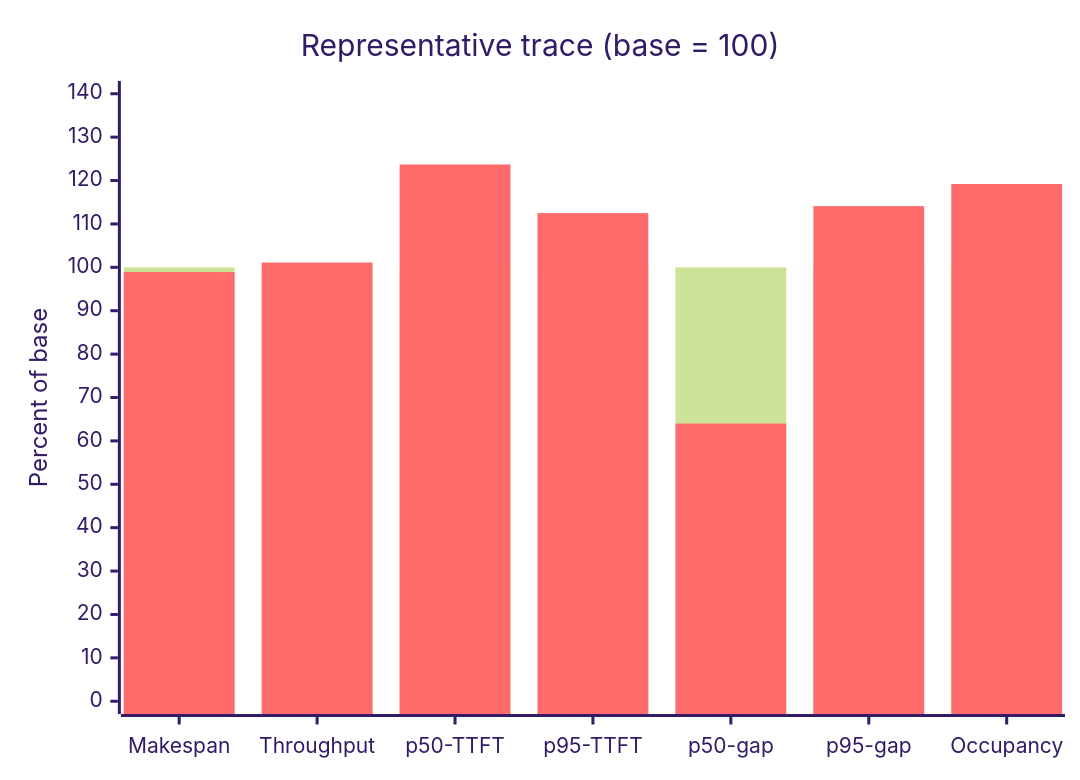
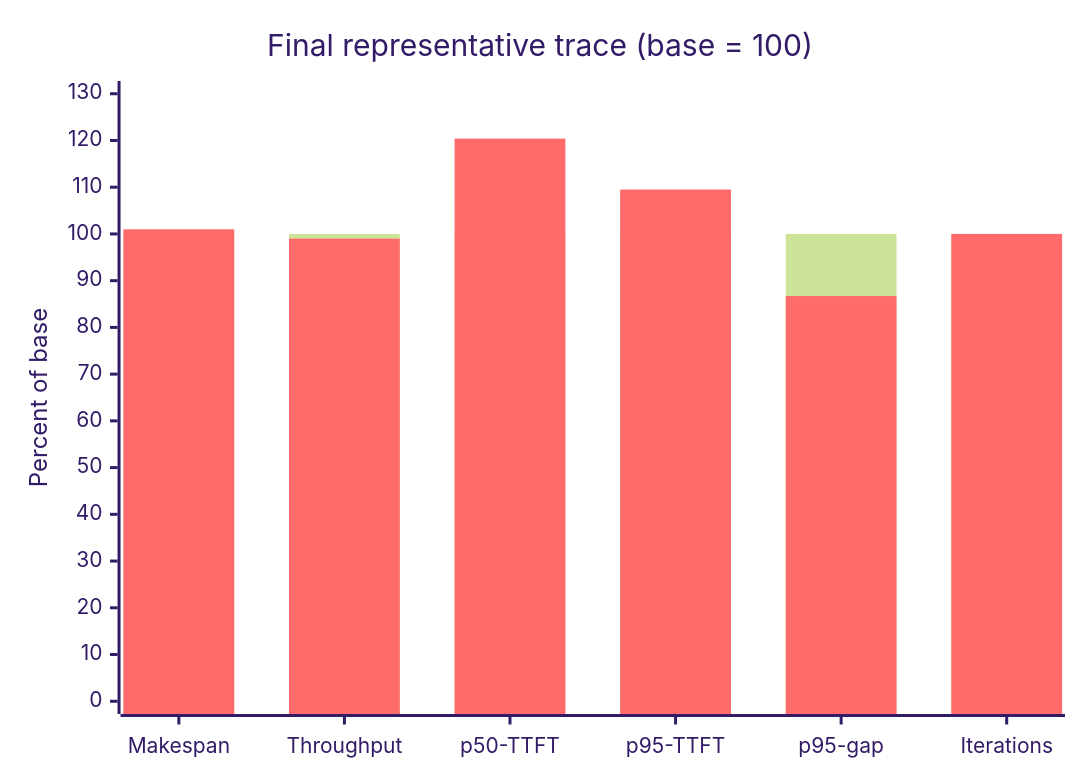
The first of 2 diagrams in docs/skippy/MIXED_PREFILL_DECODE_STUDIO54.md (Virgile-pct/mesh-llm), drawn with Mermaid (forest theme) before and after one commit. The commit also changed other lines of this file and 1 other file, not shown here.

````diff
--- a/docs/skippy/MIXED_PREFILL_DECODE_STUDIO54.md
+++ b/docs/skippy/MIXED_PREFILL_DECODE_STUDIO54.md
@@ -50,8 +66,8 @@
 ```mermaid
 xychart-beta
-    title "Representative trace (base = 100)"
-    x-axis [Makespan, Throughput, p50-TTFT, p95-TTFT, p50-gap, p95-gap, Occupancy]
-    y-axis "Percent of base" 0 --> 140
-    bar [100, 100, 100, 100, 100, 100, 100]
-    bar [98.9, 101.1, 123.7, 112.5, 64.0, 114.1, 119.2]
+    title "Final representative trace (base = 100)"
+    x-axis [Makespan, Throughput, p50-TTFT, p95-TTFT, p95-gap, Iterations]
+    y-axis "Percent of base" 0 --> 130
+    bar [100, 100, 100, 100, 100, 100]
+    bar [101.0, 99.0, 120.4, 109.5, 86.7, 100.0]
 ```
````
